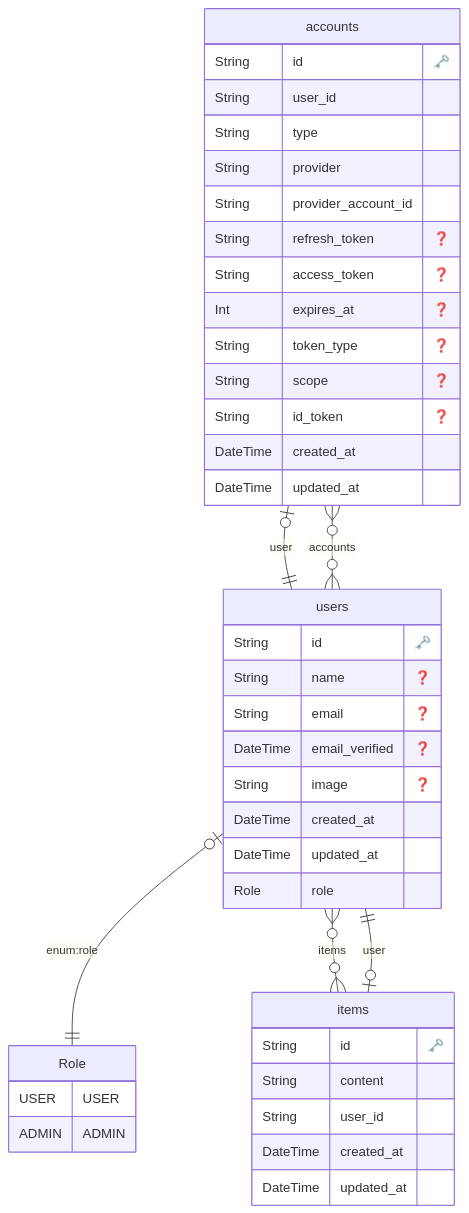
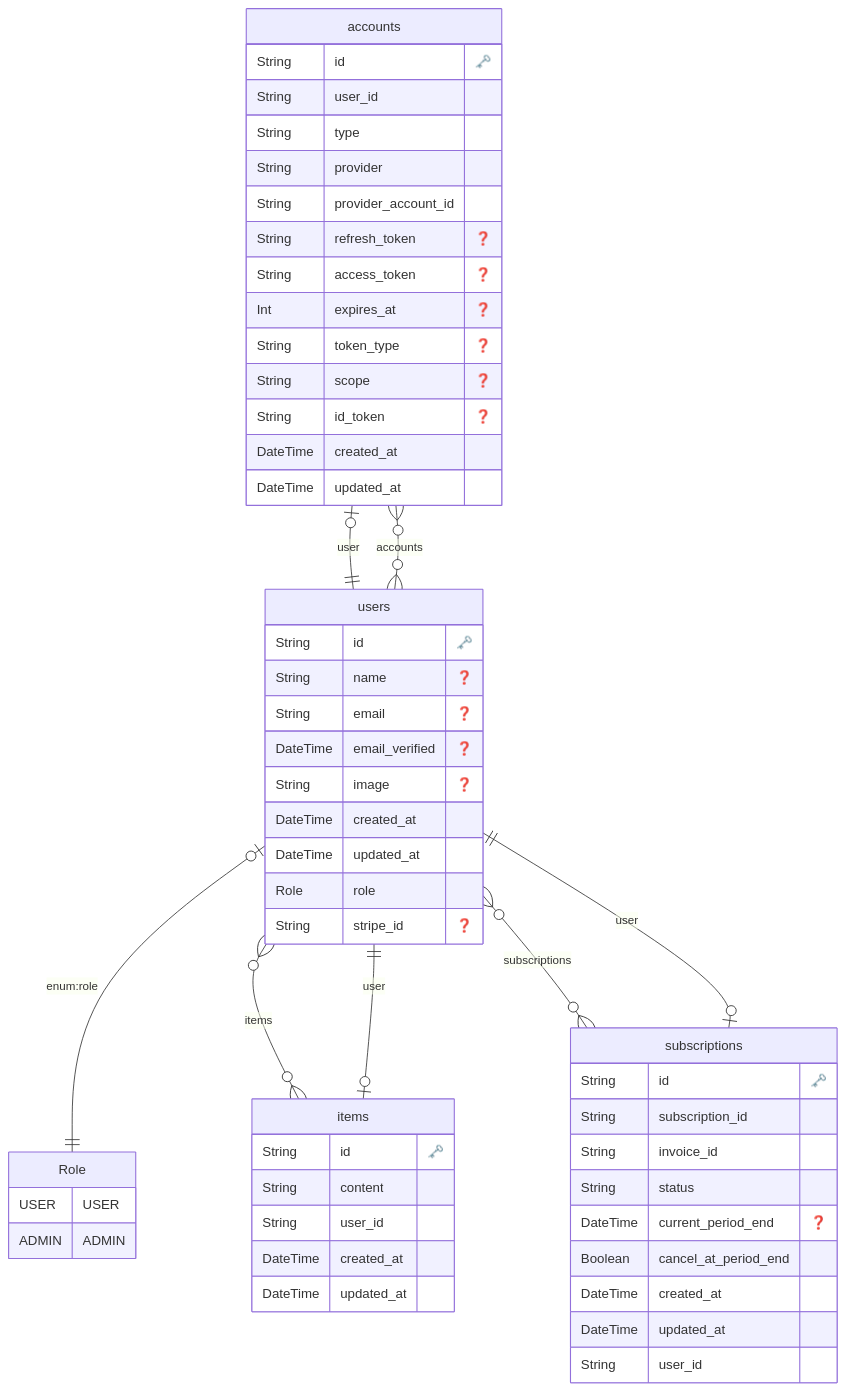
Before and after one commit to hiroppy/web-app-template: the diagram in prisma/ERD.md, drawn with Mermaid. The commit also changed 14 other files, not shown here.

````diff
--- a/prisma/ERD.md
+++ b/prisma/ERD.md
@@ -1,51 +1,67 @@
 ```mermaid
 erDiagram
 
         Role {
             USER USER
 ADMIN ADMIN
         }
 
   "accounts" {
     String id "🗝️"
     String user_id
     String type
     String provider
     String provider_account_id
     String refresh_token "❓"
     String access_token "❓"
     Int expires_at "❓"
     String token_type "❓"
     String scope "❓"
     String id_token "❓"
     DateTime created_at
     DateTime updated_at
     }
 
 
   "users" {
     String id "🗝️"
     String name "❓"
     String email "❓"
     DateTime email_verified "❓"
     String image "❓"
     DateTime created_at
     DateTime updated_at
     Role role
+    String stripe_id "❓"
+    }
+
+
+  "subscriptions" {
+    String id "🗝️"
+    String subscription_id
+    String invoice_id
+    String status
+    DateTime current_period_end "❓"
+    Boolean cancel_at_period_end
+    DateTime created_at
+    DateTime updated_at
+    String user_id
     }
 
 
   "items" {
     String id "🗝️"
     String content
     String user_id
     DateTime created_at
     DateTime updated_at
     }
 
     "accounts" o|--|| "users" : "user"
     "users" o{--}o "accounts" : "accounts"
     "users" o|--|| "Role" : "enum:role"
     "users" o{--}o "items" : "items"
+    "users" o{--}o "subscriptions" : "subscriptions"
+    "subscriptions" o|--|| "users" : "user"
     "items" o|--|| "users" : "user"
 ```
````
